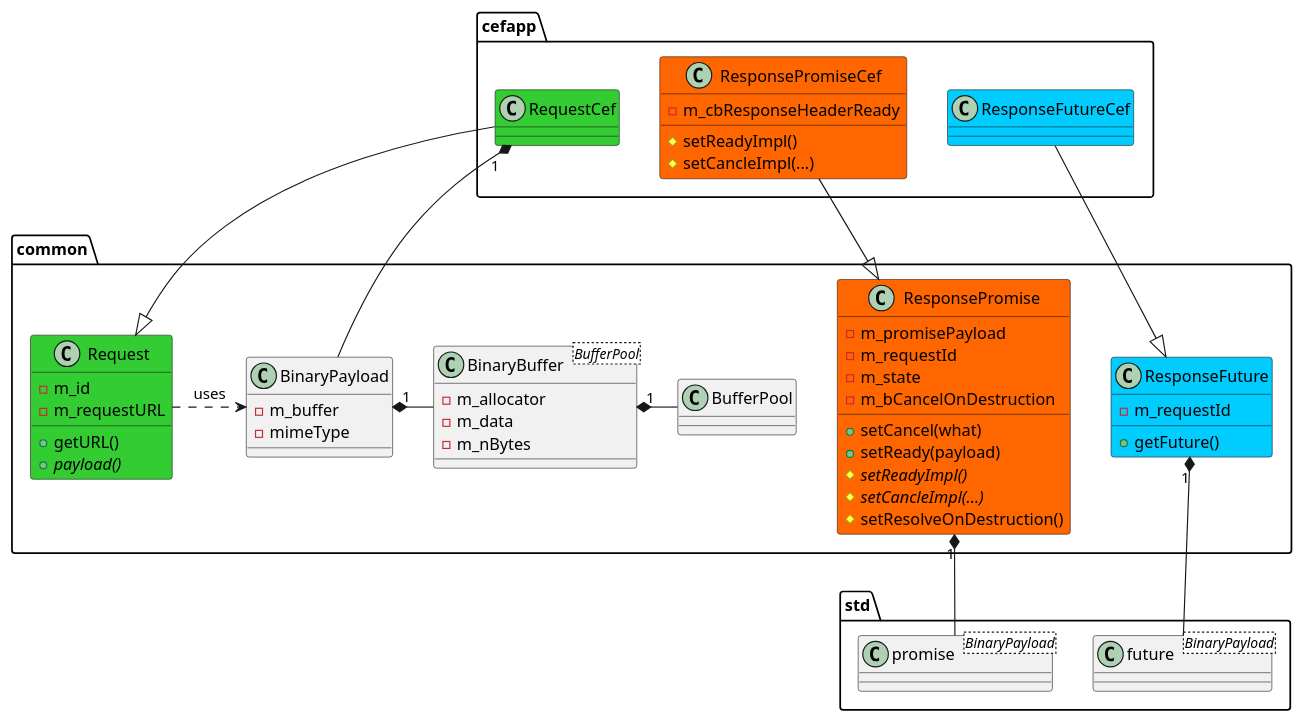
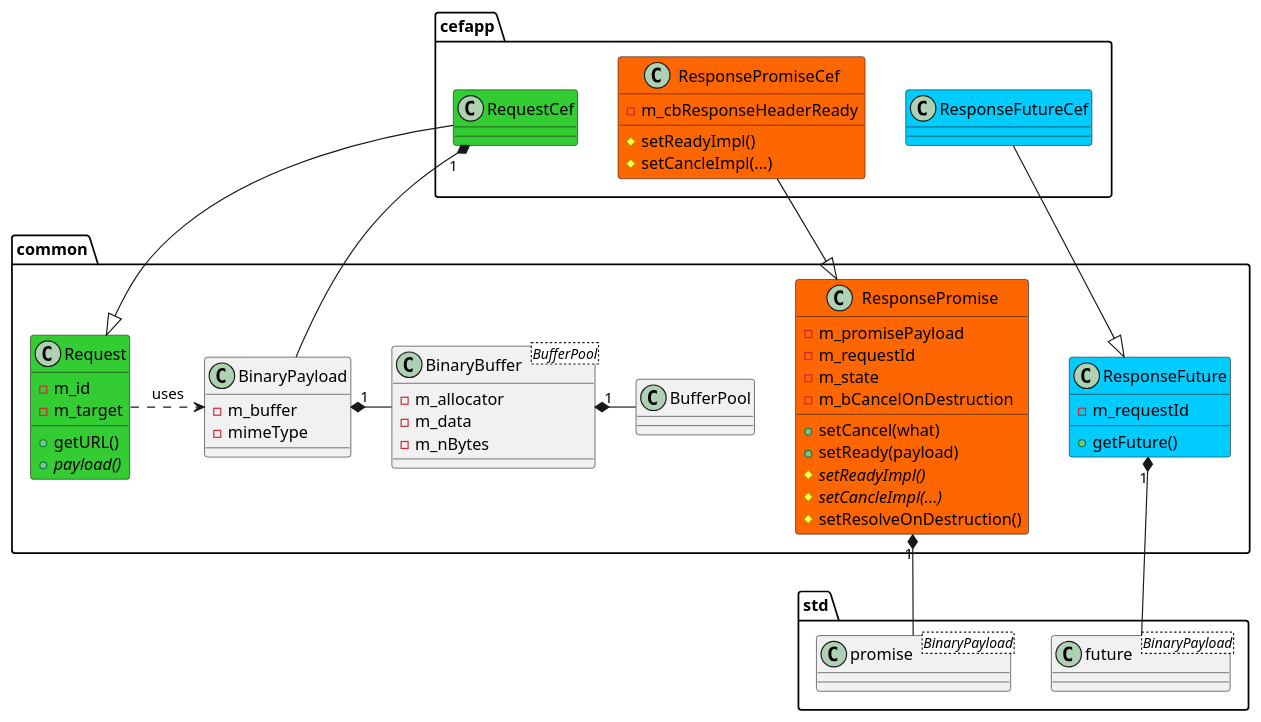
One commit to gabyx/ExecutionGraph changed the diagram in gui/specs/cefapp/request-response.plantuml. Above: the diagram before and after it, drawn with PlantUML. The commit also changed 20 other files, not shown here.

Commit message:
Factored out  Serialization into own service GraphSerializationRequestHandler and messages.

```diff
--- a/gui/specs/cefapp/request-response.plantuml
+++ b/gui/specs/cefapp/request-response.plantuml
@@ -2,65 +2,65 @@
 @startuml
 set namespaceSeparator ::
 skinparam shadowing false
 
 namespace common {
     class BinaryBuffer<BufferPool> {
         - m_allocator
         - m_data
         - m_nBytes
     }
     class BinaryPayload {
         - m_buffer
         - mimeType
     }
 
     class BufferPool
     class Request #33cc33 {
         + getURL()
         + payload() {abstract}
         - m_id
-        - m_requestURL
+        - m_target
     }
     class ResponsePromise #ff6600 {
         + setCancel(what)
         + setReady(payload)
         # setReadyImpl() {abstract}
         # setCancleImpl(...) {abstract}
         # setResolveOnDestruction()
         - m_promisePayload
         - m_requestId
         - m_state
         - m_bCancelOnDestruction
     }
     class ResponseFuture #00ccff {
         + getFuture()
         - m_requestId
     }
 }
 
 namespace cefapp {
     class RequestCef #33cc33
     class ResponsePromiseCef #ff6600 {
         # setReadyImpl()
         # setCancleImpl(...)
         - m_cbResponseHeaderReady
     }
     class ResponseFutureCef #00ccff
 }
 
 namespace std {
     class promise<BinaryPayload>
     class future<BinaryPayload>
 }
 
 cefapp::RequestCef --|> common::Request
 cefapp::ResponsePromiseCef --|> common::ResponsePromise
 common::ResponsePromise "1" *-- std::promise
 cefapp::ResponseFutureCef --|> common::ResponseFuture
 common::ResponseFuture "1" *-- std::future
 
 common::Request .right.> common::BinaryPayload : uses
 cefapp::RequestCef "1" *--  common::BinaryPayload
 common::BinaryPayload "1" *-right- common::BinaryBuffer
 common::BinaryBuffer "1" *-right- common::BufferPool
 @enduml
```
